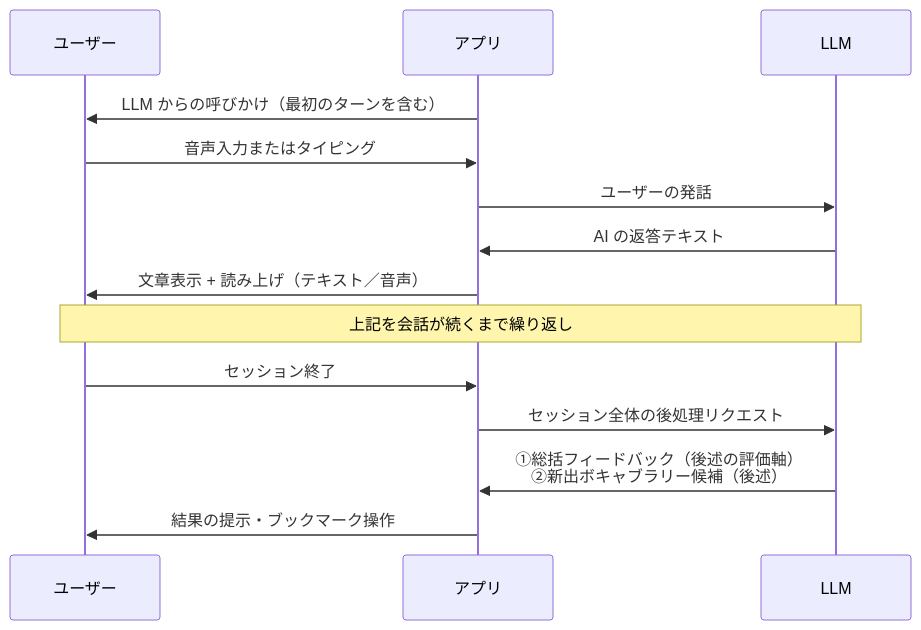
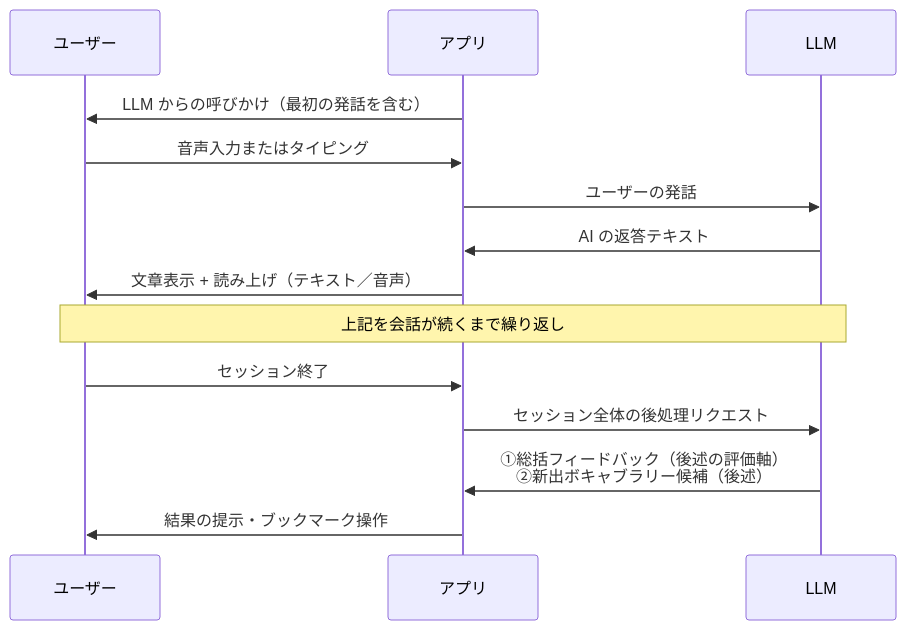
The second of 6 diagrams in PeraTalk/docs/機能/会話.md (GoboMan/PeraTalk), drawn with Mermaid before and after one commit. The commit also changed other lines of this file and 15 other files, not shown here.

````diff
--- a/PeraTalk/docs/機能/会話.md
+++ b/PeraTalk/docs/機能/会話.md
@@ -63,21 +63,21 @@
 ```mermaid
 sequenceDiagram
   participant U as ユーザー
   participant APP as アプリ
   participant LLM as LLM
 
-  APP->>U: LLM からの呼びかけ（最初のターンを含む）
+  APP->>U: LLM からの呼びかけ（最初の発話を含む）
   U->>APP: 音声入力またはタイピング
   APP->>LLM: ユーザーの発話
   LLM->>APP: AI の返答テキスト
   APP->>U: 文章表示 + 読み上げ（テキスト／音声）
 
   Note over U,LLM: 上記を会話が続くまで繰り返し
 
   U->>APP: セッション終了
 
   APP->>LLM: セッション全体の後処理リクエスト
   LLM->>APP: ①総括フィードバック（後述の評価軸）<br/>②新出ボキャブラリー候補（後述）
 
   APP->>U: 結果の提示・ブックマーク操作
 ```
````
